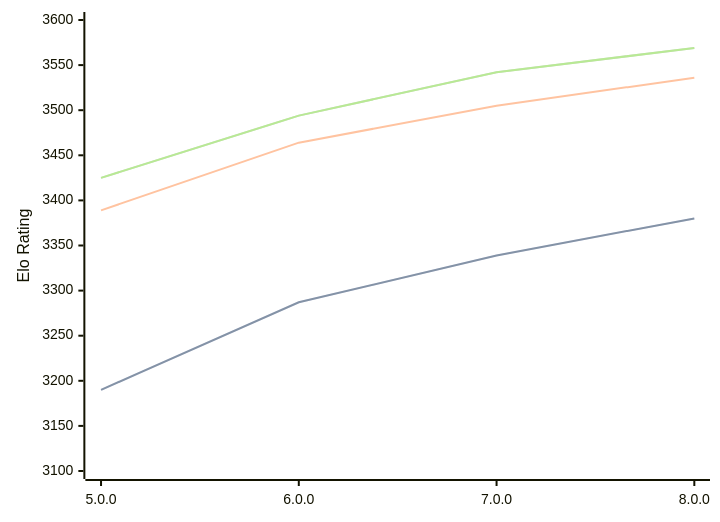
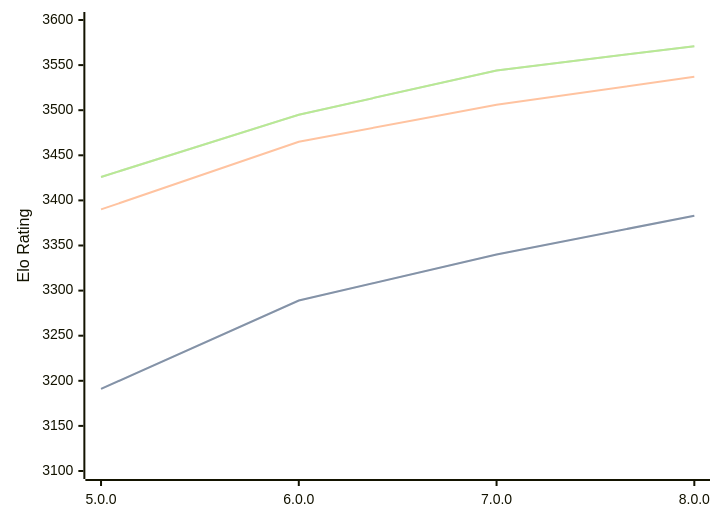
The diagram in engines/Stormphrax.md (computer-chess-index/cci), drawn with Mermaid before and after one commit. The commit also changed other lines of this file, not shown here.

Commit message:
Update CCI Ratings (ELO VLTC) - 2026-08-09

````diff
--- a/engines/Stormphrax.md
+++ b/engines/Stormphrax.md
@@ -34,11 +34,11 @@
 ```mermaid
 %%{init: {"theme":"base","themeVariables":{"seriesColors:['#a3a3a3','#222221','#faa371']}}}%%
 xychart-beta
   x-axis ["5.0.0", "6.0.0", "7.0.0", "8.0.0"]
   y-axis "Elo Rating" 3100 --> 3600
-  line "STC (8.0+0.08s)" [3190, 3287, 3339, 3380]
-  line "STC (8.0+0.08s)" [3190, 3287, 3339, 3380]
-  line "LTC (60.0+0.60s)" [3389, 3464, 3505, 3536]
-  line "VLTC (2m24s+1.12s)" [3425, 3494, 3542, 3569]
-  line "VLTC (2m24s+1.12s)" [3425, 3494, 3542, 3569]
+  line "STC (8.0+0.08s)" [3191, 3289, 3340, 3383]
+  line "STC (8.0+0.08s)" [3191, 3289, 3340, 3383]
+  line "LTC (60.0+0.60s)" [3390, 3465, 3506, 3537]
+  line "VLTC (2m24s+1.12s)" [3426, 3495, 3544, 3571]
+  line "VLTC (2m24s+1.12s)" [3426, 3495, 3544, 3571]
 ```
````
